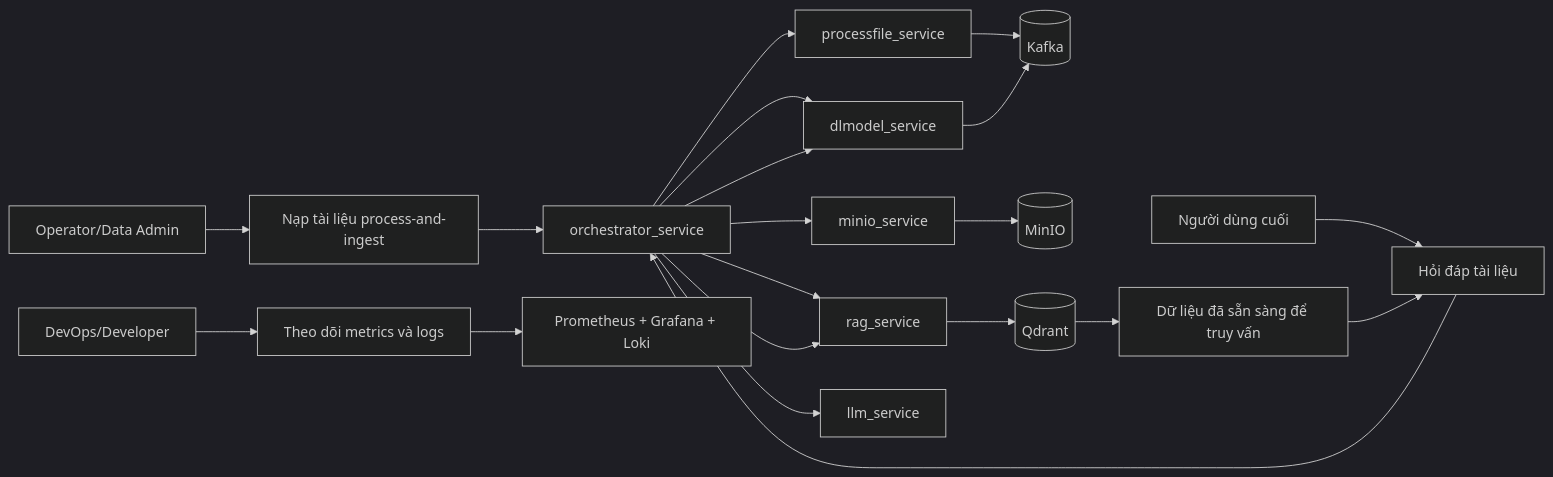
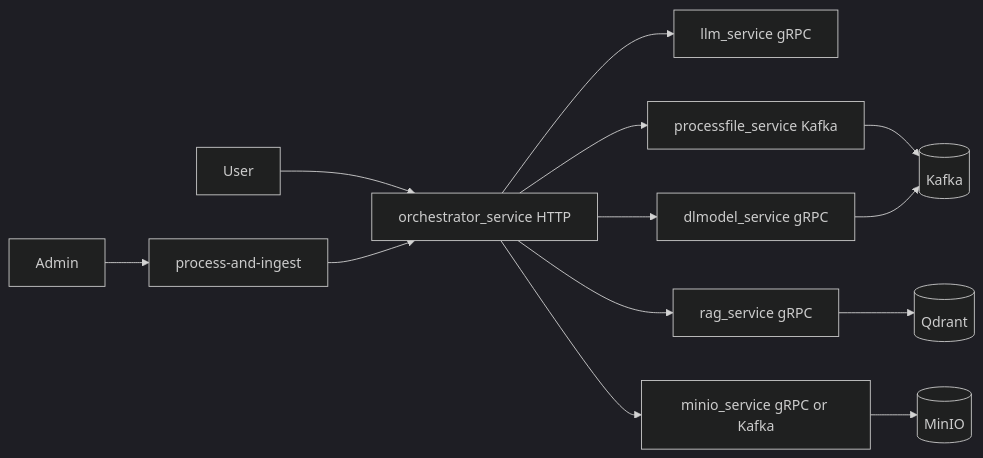
The first of 4 diagrams in README.md (khanhminhtk/rag-with-images), drawn with Mermaid (dark theme) before and after one commit. The commit also changed other lines of this file, not shown here.

````diff
--- a/README.md
+++ b/README.md
@@ -38,26 +56,16 @@
 ```mermaid
 flowchart LR
-  OP[Operator/Data Admin] --> UC2[Nạp tài liệu process-and-ingest]
-  U[Người dùng cuối] --> UC1[Hỏi đáp tài liệu]
-  DEV[DevOps/Developer] --> UC3[Theo dõi metrics và logs]
-
-  UC2 --> ORCH[orchestrator_service]
-  ORCH --> PFS[processfile_service]
-  ORCH --> MINIO[minio_service]
-  ORCH --> DLM[dlmodel_service]
-  ORCH --> RAG[rag_service]
-
-  PFS --> KFK[(Kafka)]
-  DLM --> KFK
-  MINIO --> MO[(MinIO)]
+  U[User] --> ORCH[orchestrator_service HTTP]
+  ORCH --> LLM[llm_service gRPC]
+  ORCH --> DLM[dlmodel_service gRPC]
+  ORCH --> RAG[rag_service gRPC]
   RAG --> QD[(Qdrant)]
 
-  QD --> READY[Dữ liệu đã sẵn sàng để truy vấn]
-  READY --> UC1
-  UC1 --> ORCH
-  ORCH --> LLM[llm_service]
-  ORCH --> DLM
-  ORCH --> RAG
-
-  UC3 --> MON[Prometheus + Grafana + Loki]
+  A[Admin] --> INGEST[process-and-ingest]
+  INGEST --> ORCH
+  ORCH --> PF[processfile_service Kafka]
+  ORCH --> MINIO[minio_service gRPC or Kafka]
+  PF --> K[(Kafka)]
+  DLM --> K
+  MINIO --> MO[(MinIO)]
 ```
````
